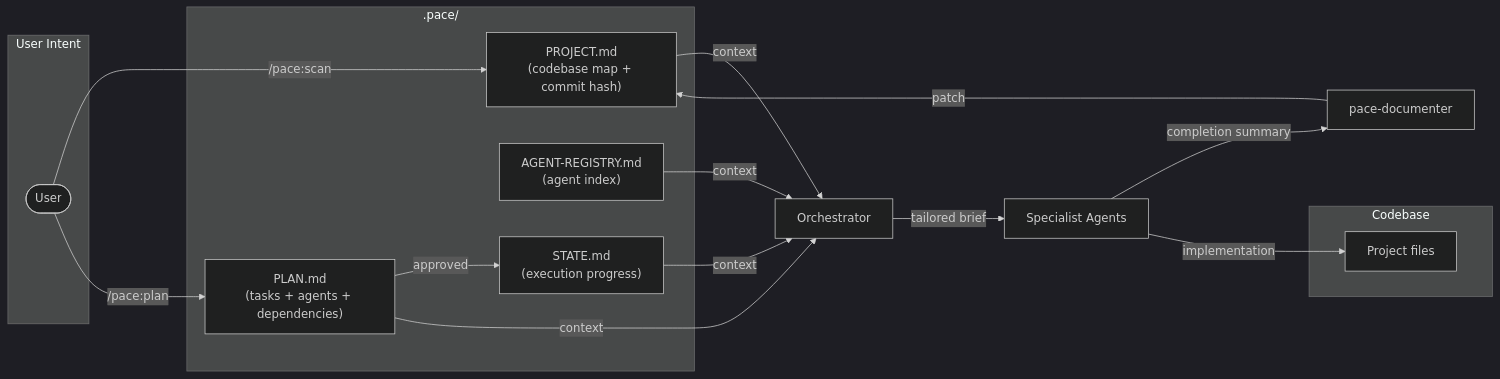
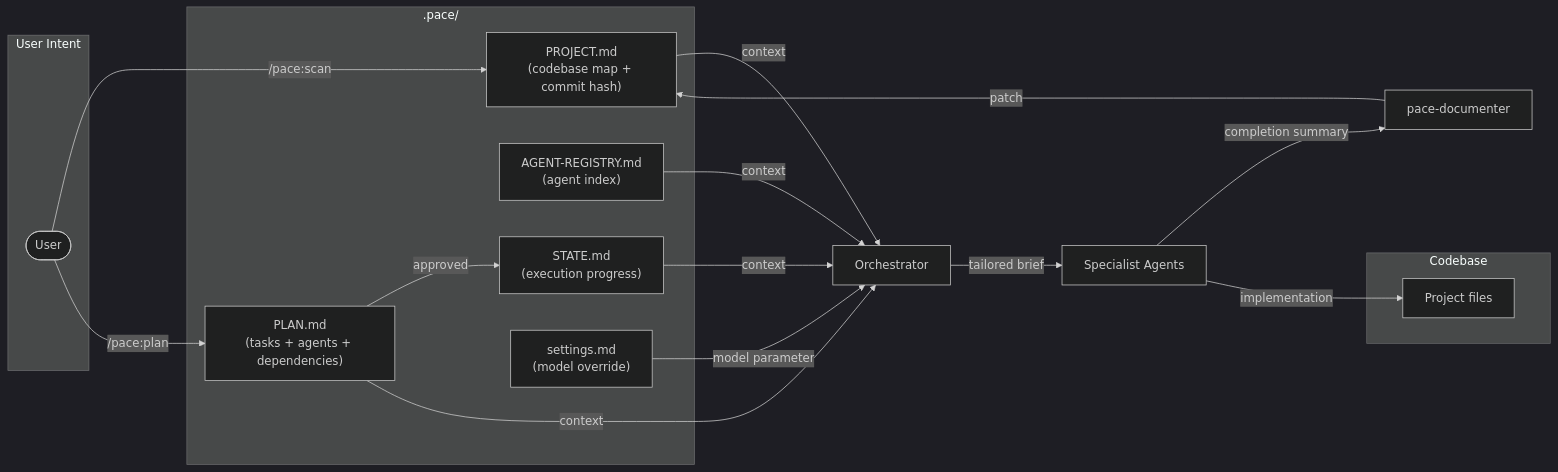
Before and after one commit to jwprichard/pace: the fourth of 5 diagrams in docs/architecture.md, drawn with Mermaid (dark theme). The commit also changed other lines of this file, not shown here.

Commit message:
Update docs/architecture.md with settings data flow

````diff
--- a/docs/architecture.md
+++ b/docs/architecture.md
@@ -85,26 +85,28 @@
 ```mermaid
 flowchart LR
     subgraph inputs["User Intent"]
         user(["User"])
     end
 
     subgraph runtime[".pace/"]
         project["PROJECT.md\n(codebase map + commit hash)"]
         registry["AGENT-REGISTRY.md\n(agent index)"]
         plan["PLAN.md\n(tasks + agents + dependencies)"]
         state["STATE.md\n(execution progress)"]
+        settings["settings.md\n(model override)"]
     end
 
     subgraph outputs["Codebase"]
         code["Project files"]
     end
 
     user -->|"/pace:scan"| project
     user -->|"/pace:plan"| plan
     plan -->|approved| state
     project & registry & plan & state -->|context| orchestrator["Orchestrator"]
+    settings -->|model parameter| orchestrator
     orchestrator -->|tailored brief| specialists["Specialist Agents"]
     specialists -->|completion summary| documenter["pace-documenter"]
     specialists -->|implementation| code
     documenter -->|patch| project
 ```
````
